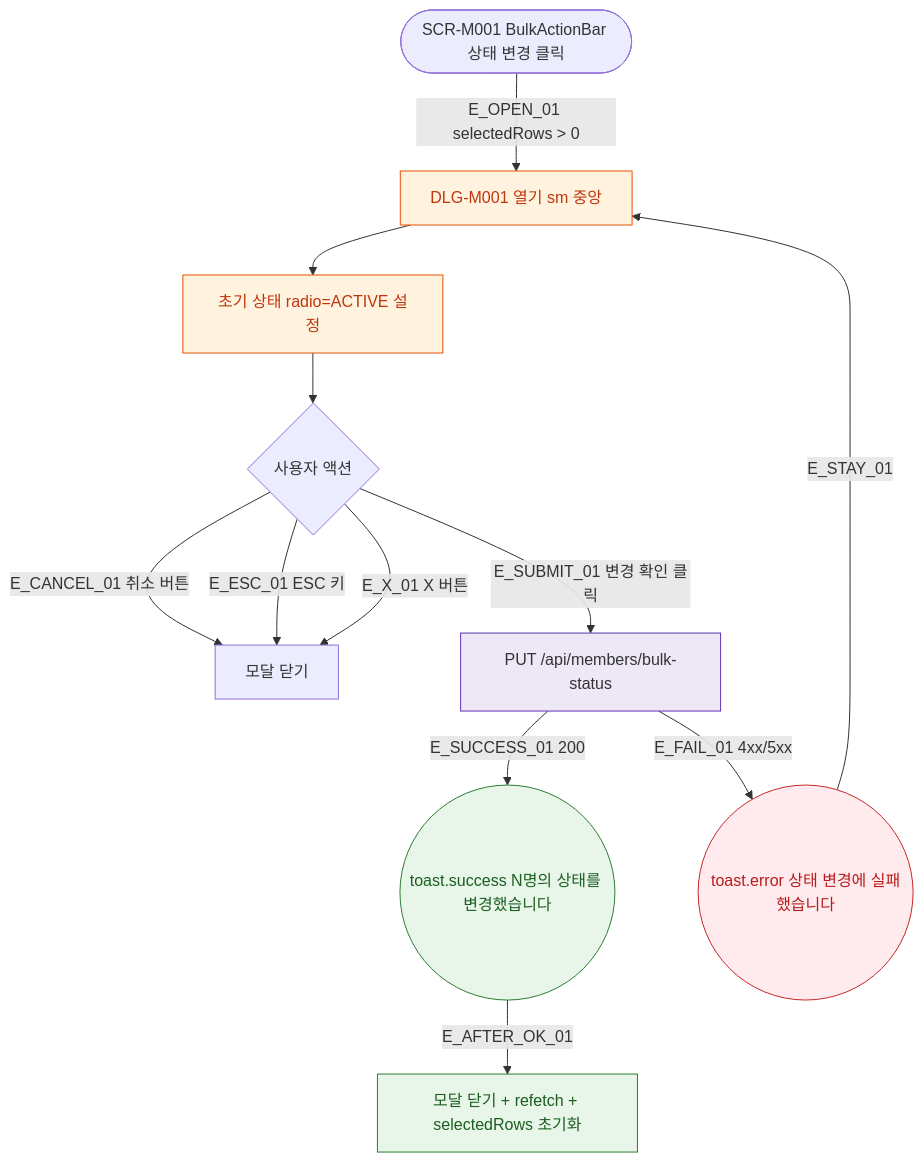
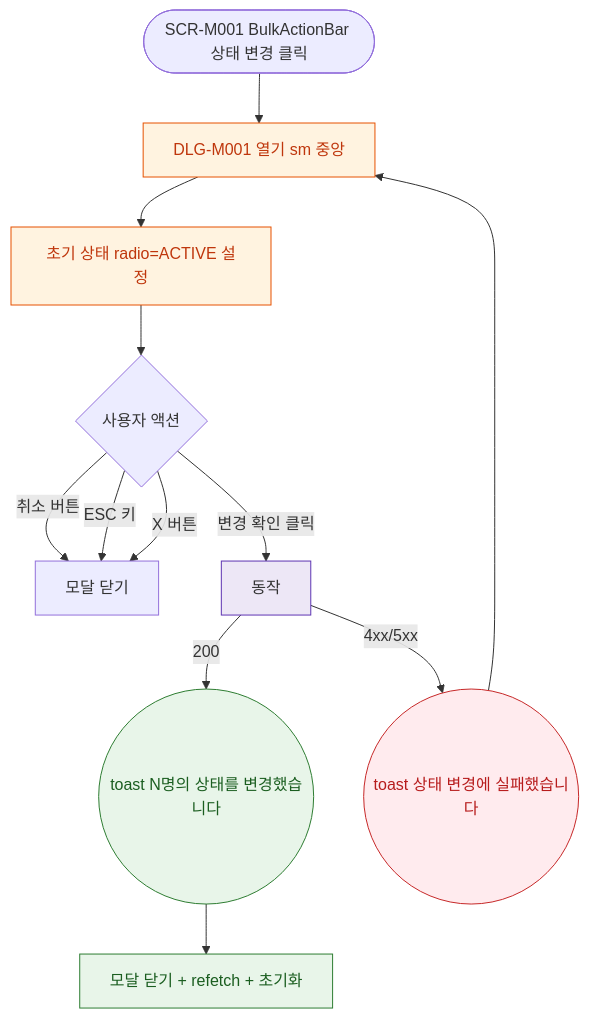
One commit to dev-spogym/admin-pando changed the diagram in docs/다이어그램/D02_회원관리/DLG/DLG-M001_상태변경/M1_생명주기.md. Above: the diagram before and after it, drawn with Mermaid. The commit also changed other lines of this file and 1660 other files, not shown here.

First line of the commit message:
다이어그램: 기획자/클라이언트 납품본으로 정리

````diff
--- a/docs/다이어그램/D02_회원관리/DLG/DLG-M001_상태변경/M1_생명주기.md
+++ b/docs/다이어그램/D02_회원관리/DLG/DLG-M001_상태변경/M1_생명주기.md
@@ -23,30 +21,30 @@
 ```mermaid
 flowchart TD
   TRIGGER([SCR-M001 BulkActionBar 상태 변경 클릭])
 
-  TRIGGER -->|E_OPEN_01 selectedRows > 0| DLG_OPEN[DLG-M001 열기 sm 중앙]
+  TRIGGER --> DLG_OPEN[DLG-M001 열기 sm 중앙]
   DLG_OPEN --> INIT[초기 상태 radio=ACTIVE 설정]
 
   INIT --> USER_ACT{사용자 액션}
 
-  USER_ACT -->|E_CANCEL_01 취소 버튼| CLOSE[모달 닫기]
-  USER_ACT -->|E_ESC_01 ESC 키| CLOSE
-  USER_ACT -->|E_X_01 X 버튼| CLOSE
-  USER_ACT -->|E_SUBMIT_01 변경 확인 클릭| API_CALL[PUT /api/members/bulk-status]
+  USER_ACT -->|취소 버튼|CLOSE[모달 닫기]
+  USER_ACT -->|ESC 키|CLOSE
+  USER_ACT -->|X 버튼|CLOSE
+  USER_ACT -->|변경 확인 클릭|API_CALL[동작]
 
-  API_CALL -->|E_SUCCESS_01 200| TOAST_OK((toast.success N명의 상태를 변경했습니다))
-  TOAST_OK -->|E_AFTER_OK_01| POST_ACTION[모달 닫기 + refetch + selectedRows 초기화]
+  API_CALL -->|200|TOAST_OK((toast N명의 상태를 변경했습니다))
+  TOAST_OK --> POST_ACTION[모달 닫기 + refetch + 초기화]
 
-  API_CALL -->|E_FAIL_01 4xx/5xx| TOAST_ERR((toast.error 상태 변경에 실패했습니다))
-  TOAST_ERR -->|E_STAY_01| DLG_OPEN
+  API_CALL -->|4xx/5xx|TOAST_ERR((toast 상태 변경에 실패했습니다))
+  TOAST_ERR --> DLG_OPEN
 
-  classDef modal   fill:#FFF3E0,stroke:#E65100,color:#BF360C
+  classDef modal fill:#FFF3E0,stroke:#E65100,color:#BF360C
   classDef success fill:#E8F5E9,stroke:#2E7D32,color:#1B5E20
-  classDef error   fill:#FFEBEE,stroke:#C62828,color:#B71C1C
-  classDef system  fill:#EDE7F6,stroke:#5E35B2
+  classDef error fill:#FFEBEE,stroke:#C62828,color:#B71C1C
+  classDef system fill:#EDE7F6,stroke:#5E35B2
 
   class DLG_OPEN,INIT modal
   class TOAST_OK,POST_ACTION success
   class TOAST_ERR error
   class API_CALL system
 ```
````
